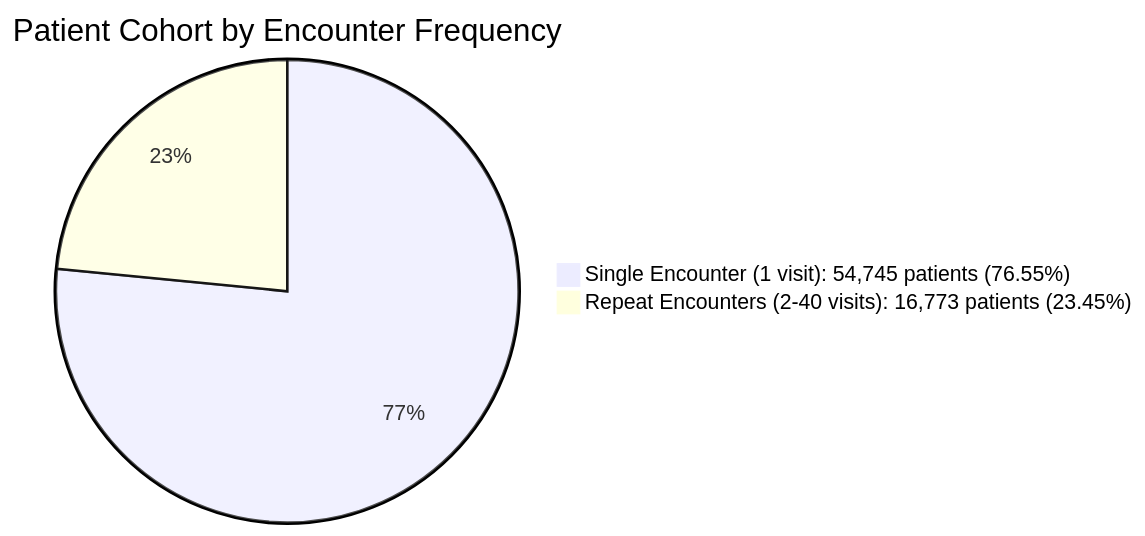
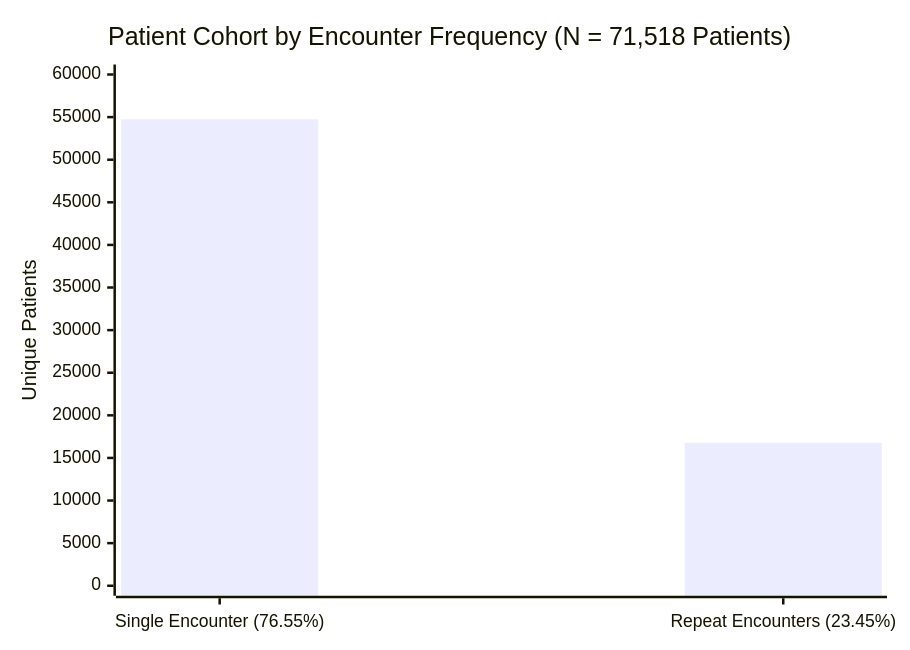
Before and after one commit to Dr-Venom29/FusionMedAI: the diagram in research/clinical/Volume_02_Data_Pipeline/01_patient_encounter_structure.md, drawn with Mermaid. The commit also changed 30 other files, not shown here.

````diff
--- a/research/clinical/Volume_02_Data_Pipeline/01_patient_encounter_structure.md
+++ b/research/clinical/Volume_02_Data_Pipeline/01_patient_encounter_structure.md
@@ -13,5 +13,7 @@
 ```mermaid
-pie title Patient Cohort by Encounter Frequency
-    "Single Encounter (1 visit): 54,745 patients (76.55%)" : 54745
-    "Repeat Encounters (2-40 visits): 16,773 patients (23.45%)" : 16773
+xychart-beta
+    title "Patient Cohort by Encounter Frequency (N = 71,518 Patients)"
+    x-axis ["Single Encounter (76.55%)", "Repeat Encounters (23.45%)"]
+    y-axis "Unique Patients" 0 --> 60000
+    bar [54745, 16773]
 ```
````
